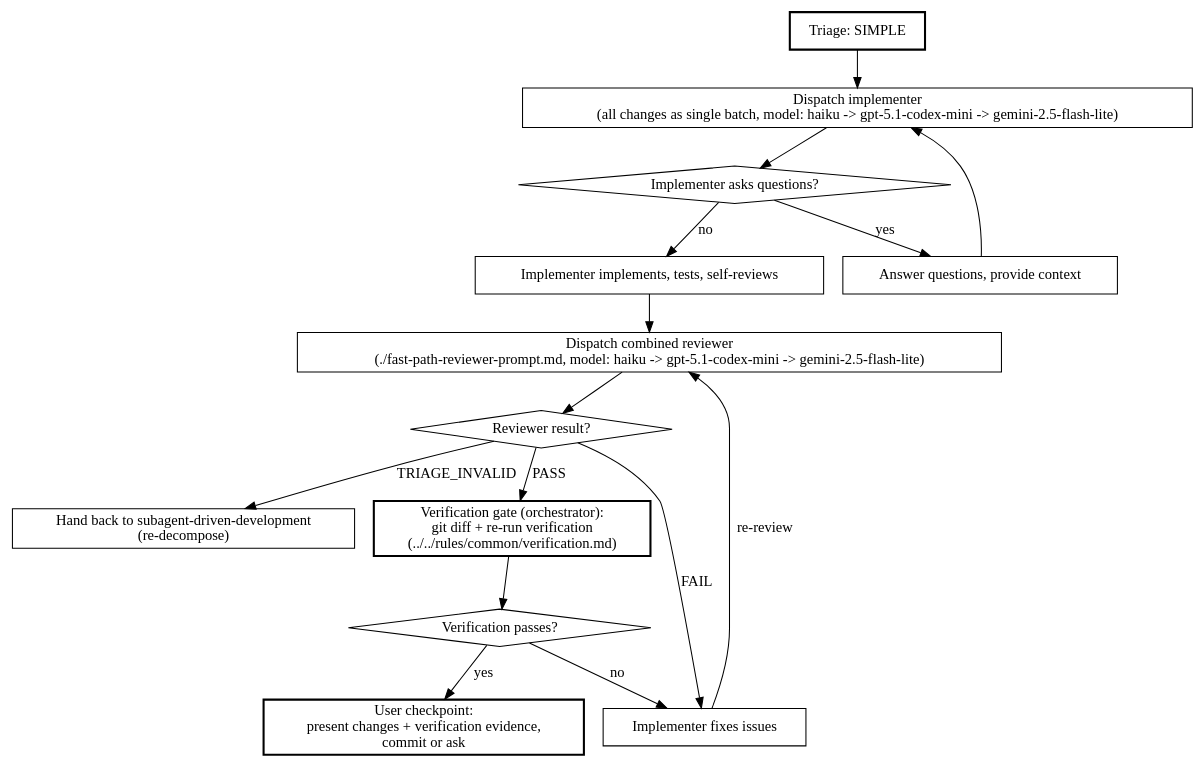
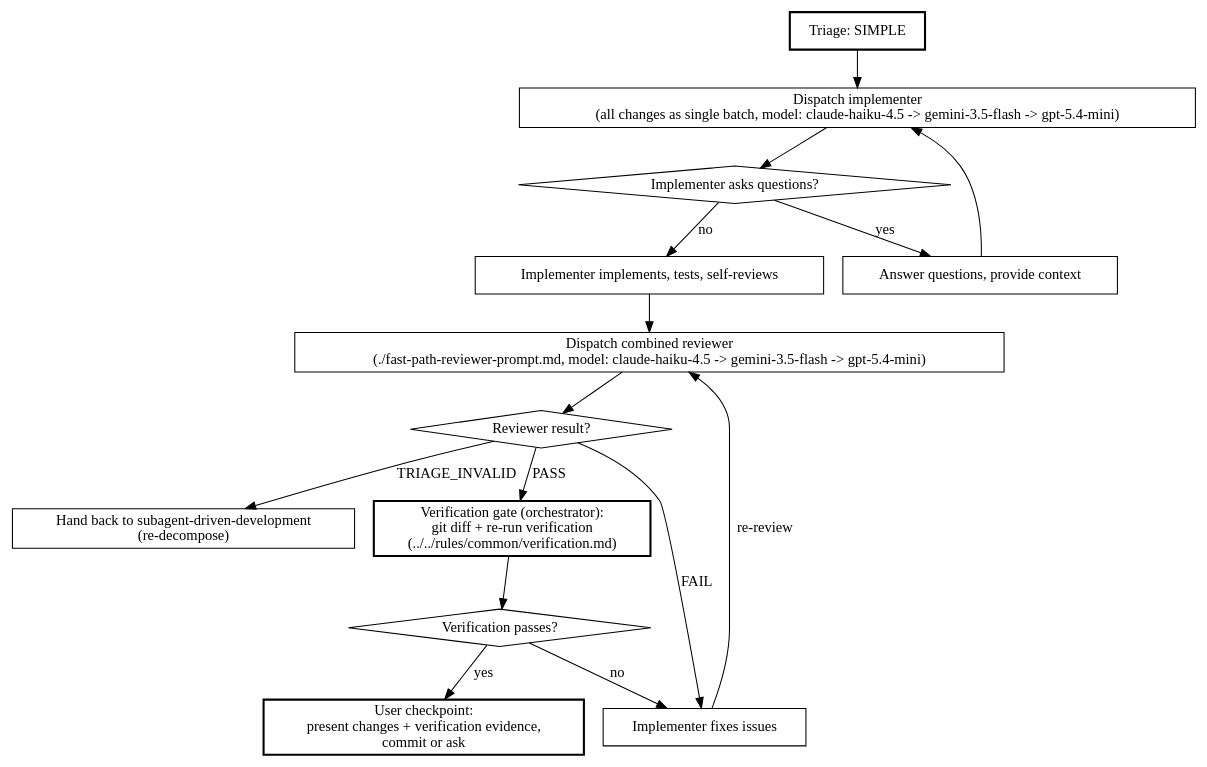
One commit to philipobenito/elelem changed the diagram in skills/fast-path-implementation/SKILL.md. Above: the diagram before and after it, drawn with Graphviz. The commit also changed other lines of this file and 8 other files, not shown here.

Commit message:
refactor: update model selection to new Claude and Gemini prioritization hierarchy

````diff
--- a/skills/fast-path-implementation/SKILL.md
+++ b/skills/fast-path-implementation/SKILL.md
@@ -57,33 +57,33 @@
 ```dot
 digraph fast_path {
     rankdir=TB;
 
     "Triage: SIMPLE" [shape=box, style=bold];
-    "Dispatch implementer\n(all changes as single batch, model: haiku -> gpt-5.1-codex-mini -> gemini-2.5-flash-lite)" [shape=box];
+    "Dispatch implementer\n(all changes as single batch, model: claude-haiku-4.5 -> gemini-3.5-flash -> gpt-5.4-mini)" [shape=box];
     "Implementer asks questions?" [shape=diamond];
     "Answer questions, provide context" [shape=box];
     "Implementer implements, tests, self-reviews" [shape=box];
-    "Dispatch combined reviewer\n(./fast-path-reviewer-prompt.md, model: haiku -> gpt-5.1-codex-mini -> gemini-2.5-flash-lite)" [shape=box];
+    "Dispatch combined reviewer\n(./fast-path-reviewer-prompt.md, model: claude-haiku-4.5 -> gemini-3.5-flash -> gpt-5.4-mini)" [shape=box];
     "Reviewer result?" [shape=diamond];
     "Implementer fixes issues" [shape=box];
     "Hand back to subagent-driven-development\n(re-decompose)" [shape=box];
     "Verification gate (orchestrator):\ngit diff + re-run verification\n(../../rules/common/verification.md)" [shape=box, style=bold];
     "Verification passes?" [shape=diamond];
     "User checkpoint:\npresent changes + verification evidence,\ncommit or ask" [shape=box, style=bold];
 
-    "Triage: SIMPLE" -> "Dispatch implementer\n(all changes as single batch, model: haiku -> gpt-5.1-codex-mini -> gemini-2.5-flash-lite)";
-    "Dispatch implementer\n(all changes as single batch, model: haiku -> gpt-5.1-codex-mini -> gemini-2.5-flash-lite)" -> "Implementer asks questions?";
+    "Triage: SIMPLE" -> "Dispatch implementer\n(all changes as single batch, model: claude-haiku-4.5 -> gemini-3.5-flash -> gpt-5.4-mini)";
+    "Dispatch implementer\n(all changes as single batch, model: claude-haiku-4.5 -> gemini-3.5-flash -> gpt-5.4-mini)" -> "Implementer asks questions?";
     "Implementer asks questions?" -> "Answer questions, provide context" [label="yes"];
-    "Answer questions, provide context" -> "Dispatch implementer\n(all changes as single batch, model: haiku -> gpt-5.1-codex-mini -> gemini-2.5-flash-lite)";
+    "Answer questions, provide context" -> "Dispatch implementer\n(all changes as single batch, model: claude-haiku-4.5 -> gemini-3.5-flash -> gpt-5.4-mini)";
     "Implementer asks questions?" -> "Implementer implements, tests, self-reviews" [label="no"];
-    "Implementer implements, tests, self-reviews" -> "Dispatch combined reviewer\n(./fast-path-reviewer-prompt.md, model: haiku -> gpt-5.1-codex-mini -> gemini-2.5-flash-lite)";
-    "Dispatch combined reviewer\n(./fast-path-reviewer-prompt.md, model: haiku -> gpt-5.1-codex-mini -> gemini-2.5-flash-lite)" -> "Reviewer result?";
+    "Implementer implements, tests, self-reviews" -> "Dispatch combined reviewer\n(./fast-path-reviewer-prompt.md, model: claude-haiku-4.5 -> gemini-3.5-flash -> gpt-5.4-mini)";
+    "Dispatch combined reviewer\n(./fast-path-reviewer-prompt.md, model: claude-haiku-4.5 -> gemini-3.5-flash -> gpt-5.4-mini)" -> "Reviewer result?";
     "Reviewer result?" -> "Verification gate (orchestrator):\ngit diff + re-run verification\n(../../rules/common/verification.md)" [label="PASS"];
     "Reviewer result?" -> "Implementer fixes issues" [label="FAIL"];
     "Reviewer result?" -> "Hand back to subagent-driven-development\n(re-decompose)" [label="TRIAGE_INVALID"];
-    "Implementer fixes issues" -> "Dispatch combined reviewer\n(./fast-path-reviewer-prompt.md, model: haiku -> gpt-5.1-codex-mini -> gemini-2.5-flash-lite)" [label="re-review"];
+    "Implementer fixes issues" -> "Dispatch combined reviewer\n(./fast-path-reviewer-prompt.md, model: claude-haiku-4.5 -> gemini-3.5-flash -> gpt-5.4-mini)" [label="re-review"];
     "Verification gate (orchestrator):\ngit diff + re-run verification\n(../../rules/common/verification.md)" -> "Verification passes?";
     "Verification passes?" -> "Implementer fixes issues" [label="no"];
     "Verification passes?" -> "User checkpoint:\npresent changes + verification evidence,\ncommit or ask" [label="yes"];
 }
 ```
````
